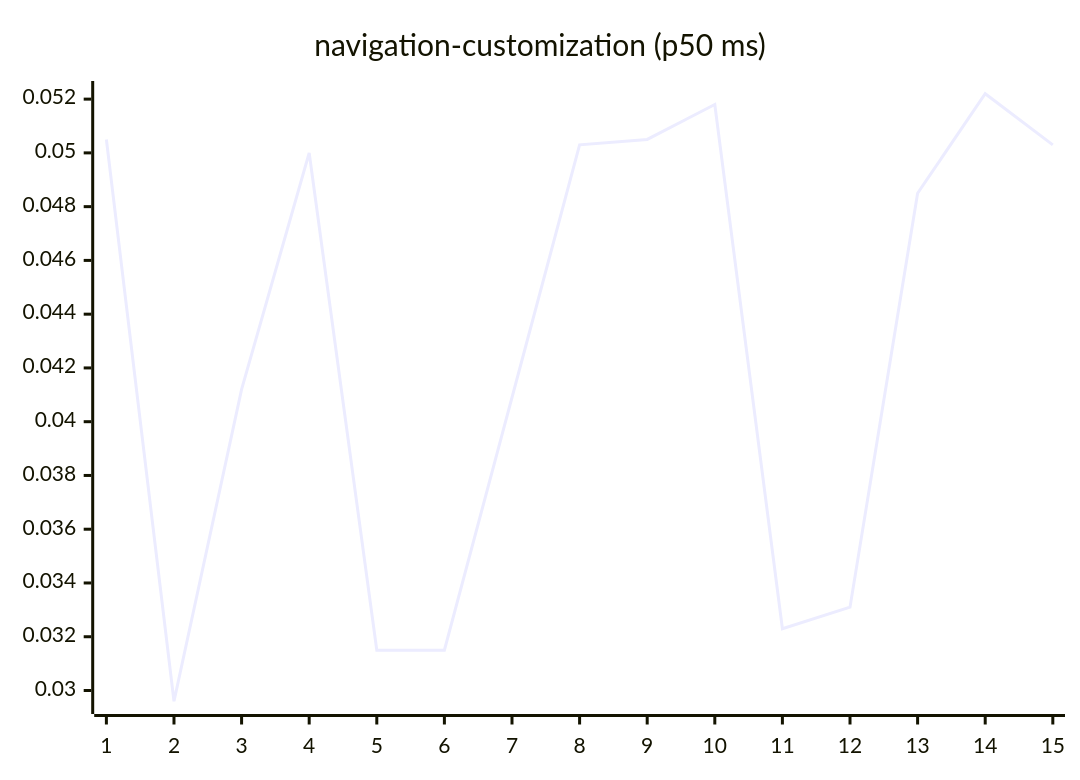
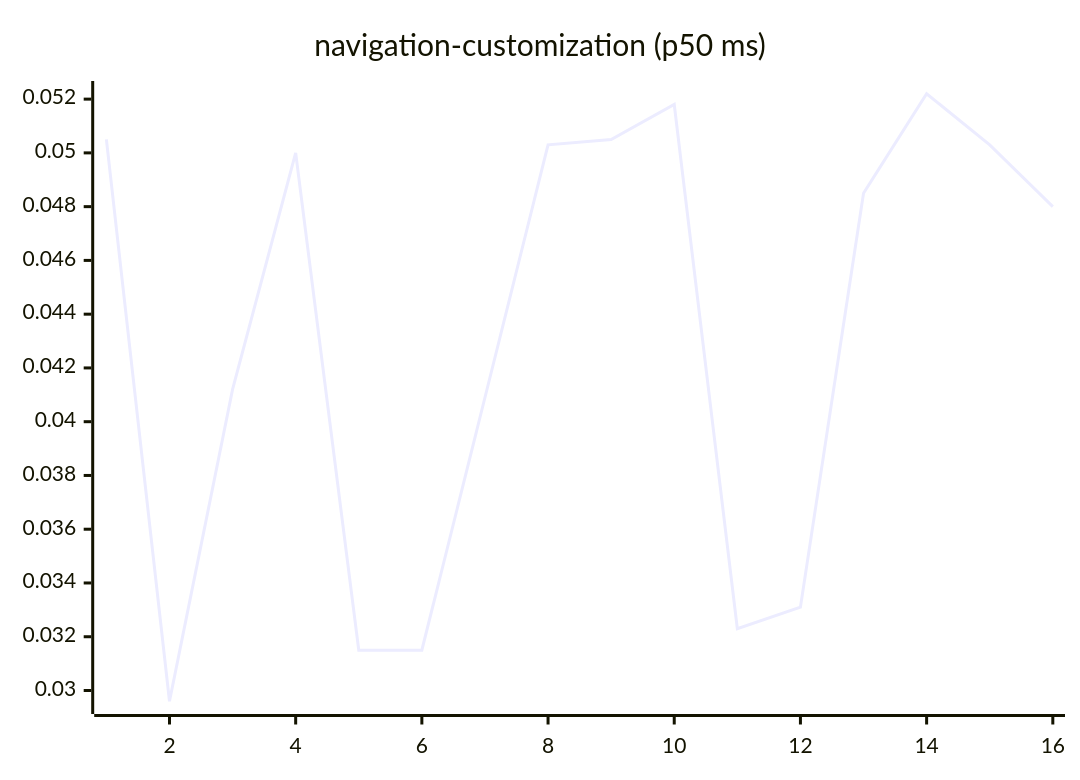
Before and after one commit to josha/Facet: diagram 15 of 27 in README.md, drawn with Mermaid. The commit also changed other lines of this file and 2 other files, not shown here.

````diff
--- a/README.md
+++ b/README.md
@@ -161,6 +161,6 @@
 ```mermaid
 xychart-beta
     title "navigation-customization (p50 ms)"
-    x-axis 1 --> 15
-    line [0.0505, 0.0296, 0.0412, 0.0500, 0.0315, 0.0315, 0.0409, 0.0503, 0.0505, 0.0518, 0.0323, 0.0331, 0.0485, 0.0522, 0.0503]
+    x-axis 1 --> 16
+    line [0.0505, 0.0296, 0.0412, 0.0500, 0.0315, 0.0315, 0.0409, 0.0503, 0.0505, 0.0518, 0.0323, 0.0331, 0.0485, 0.0522, 0.0503, 0.0480]
 ```
````
